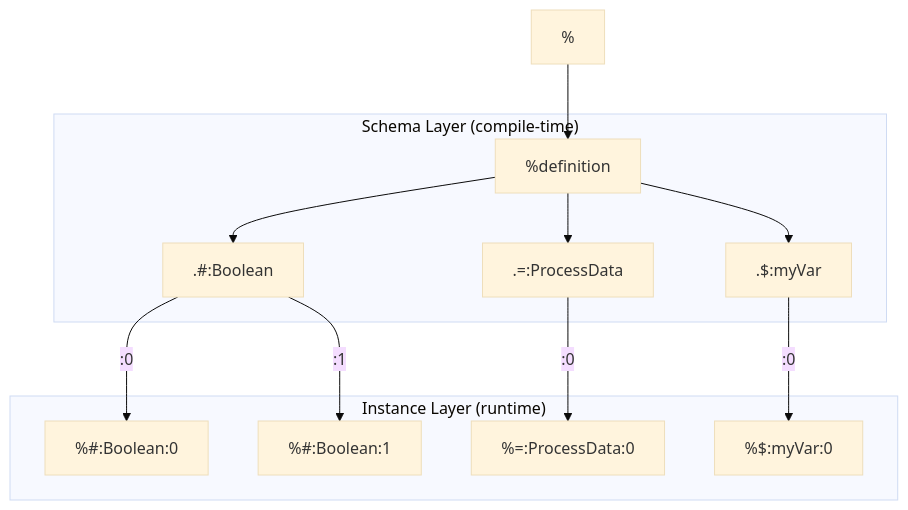
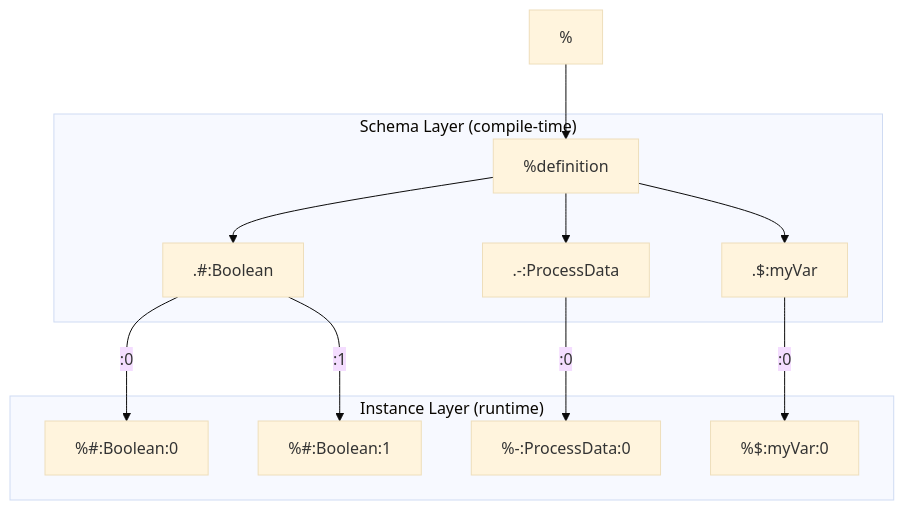
Before and after one commit to hasan-alj88/Polyglot: the diagram in docs/user/concepts/data-is-trees.md, drawn with Mermaid (base theme). The commit also changed other lines of this file and 356 other files, not shown here.

````diff
--- a/docs/user/concepts/data-is-trees.md
+++ b/docs/user/concepts/data-is-trees.md
@@ -94,28 +94,28 @@
 ```mermaid
 graph TD
     root["%"]
 
     subgraph schema ["Schema Layer (compile-time)"]
         def["%definition"]
         defBool[".#:Boolean"]
-        defPipe[".=:ProcessData"]
+        defPipe[".-:ProcessData"]
         defVar[".$:myVar"]
     end
 
     subgraph instances ["Instance Layer (runtime)"]
         bool0["%#:Boolean:0"]
         bool1["%#:Boolean:1"]
-        pipe0["%=:ProcessData:0"]
+        pipe0["%-:ProcessData:0"]
         var0["%$:myVar:0"]
     end
 
     root --> def
     def --> defBool
     def --> defPipe
     def --> defVar
 
     defBool -- ":0" --> bool0
     defBool -- ":1" --> bool1
     defPipe -- ":0" --> pipe0
     defVar -- ":0" --> var0
 ```
````
